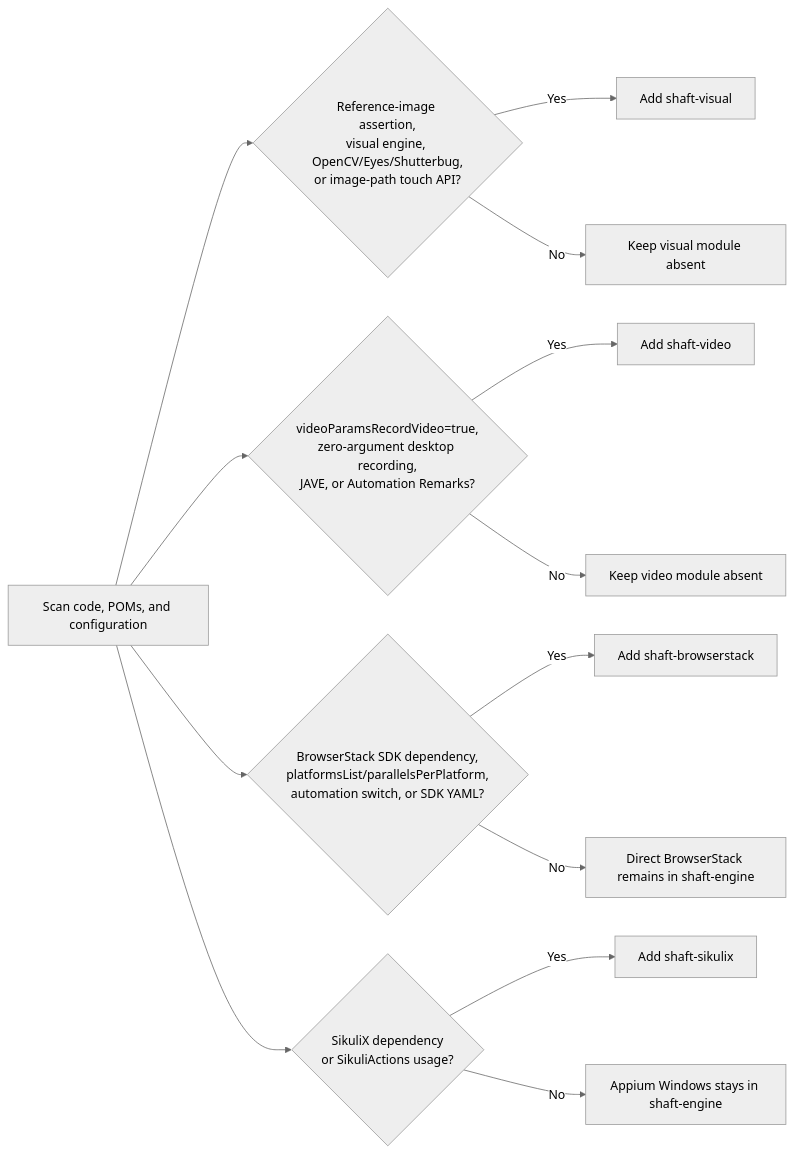
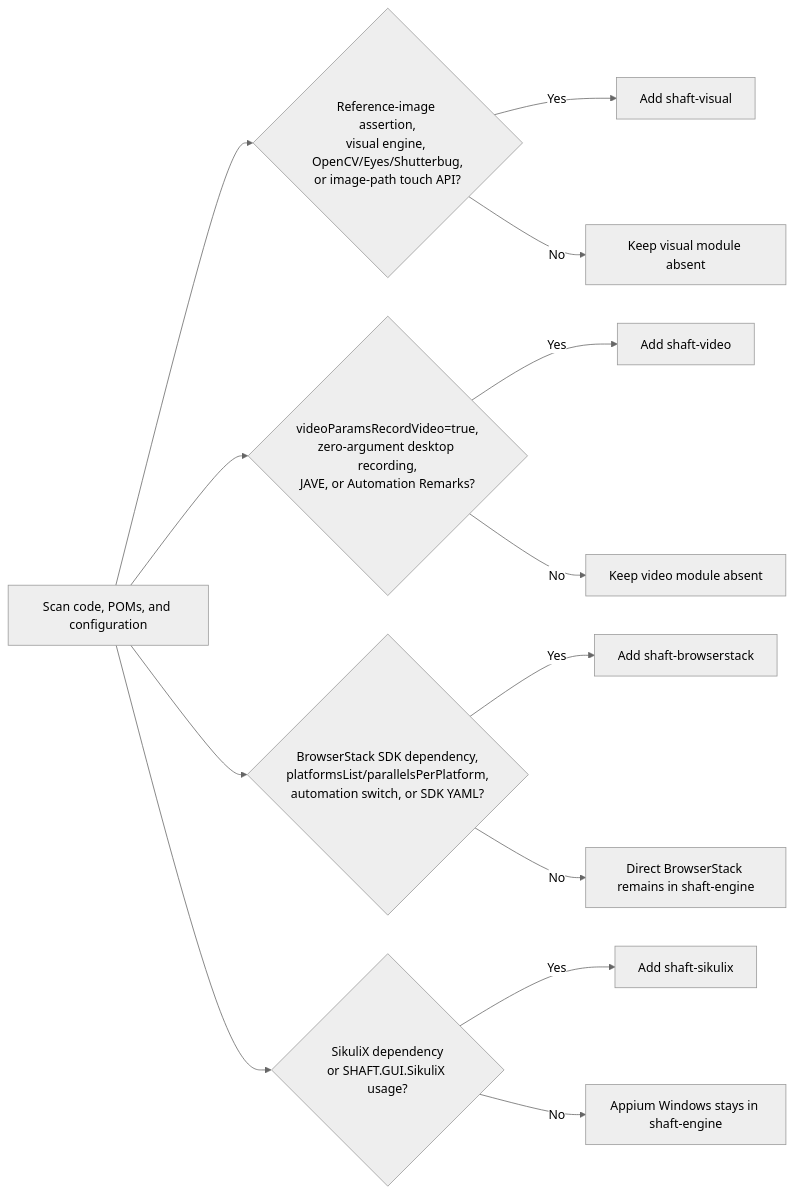
One commit to ShaftHQ/shafthq.github.io changed the second of 4 diagrams in docs/start/upgrade.mdx. Above: the diagram before and after it, drawn with Mermaid (neutral theme). The commit also changed other lines of this file and 1 other file, not shown here.

Commit message:
Document SHAFT GUI SikuliX entry point

````diff
--- a/docs/start/upgrade.mdx
+++ b/docs/start/upgrade.mdx
@@ -256,16 +256,16 @@
 ```mermaid
 flowchart LR
     Scan["Scan code, POMs, and configuration"] --> Visual{"Reference-image assertion,<br/>visual engine, OpenCV/Eyes/Shutterbug,<br/>or image-path touch API?"}
     Scan --> Video{"videoParamsRecordVideo=true,<br/>zero-argument desktop recording,<br/>JAVE, or Automation Remarks?"}
     Scan --> BrowserStack{"BrowserStack SDK dependency,<br/>platformsList/parallelsPerPlatform,<br/>automation switch, or SDK YAML?"}
-    Scan --> SikuliX{"SikuliX dependency<br/>or SikuliActions usage?"}
+    Scan --> SikuliX{"SikuliX dependency<br/>or SHAFT.GUI.SikuliX usage?"}
 
     Visual -- Yes --> AddVisual["Add shaft-visual"]
     Visual -- No --> CoreVisual["Keep visual module absent"]
     Video -- Yes --> AddVideo["Add shaft-video"]
     Video -- No --> CoreVideo["Keep video module absent"]
     BrowserStack -- Yes --> AddBrowserStack["Add shaft-browserstack"]
     BrowserStack -- No --> Direct["Direct BrowserStack remains in shaft-engine"]
     SikuliX -- Yes --> AddSikuliX["Add shaft-sikulix"]
     SikuliX -- No --> CoreDesktop["Appium Windows stays in shaft-engine"]
 ```
````
